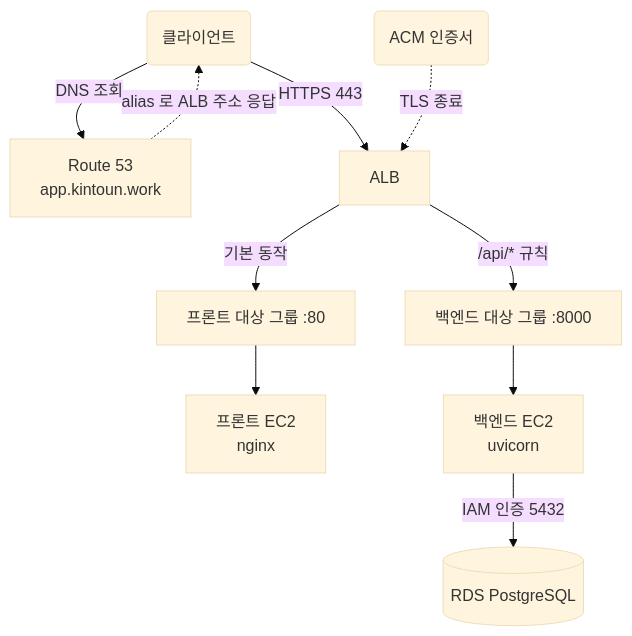
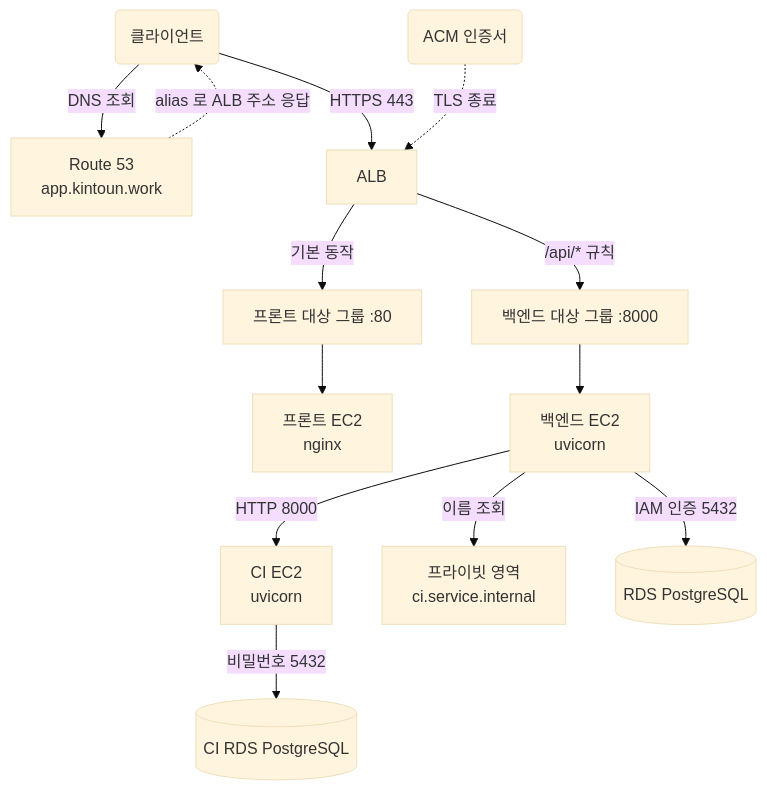
The first of 2 diagrams in docs/modules/platform/service-app.md (kintoun-secops/kintoun-infra), drawn with Mermaid (base theme) before and after one commit. The commit also changed other lines of this file and 11 other files, not shown here.

First line of the commit message:
feat(platform/service-app): 내부 전용 CI 서비스 EC2와 프라이빗 DNS 추가 (#108)

````diff
--- a/docs/modules/platform/service-app.md
+++ b/docs/modules/platform/service-app.md
@@ -16,20 +17,26 @@
 ```mermaid
 flowchart TB
     CLIENT("클라이언트")
     R53["Route 53<br/>app.kintoun.work"]
     ACM("ACM 인증서")
     ALB["ALB"]
     FETG["프론트 대상 그룹 :80"]
     BETG["백엔드 대상 그룹 :8000"]
     FE["프론트 EC2<br/>nginx"]
     BE["백엔드 EC2<br/>uvicorn"]
+    CI["CI EC2<br/>uvicorn"]
+    PDNS["프라이빗 영역<br/>ci.service.internal"]
     RDS[("RDS PostgreSQL")]
+    CIRDS[("CI RDS PostgreSQL")]
 
     CLIENT -->|"DNS 조회"| R53
     R53 -.->|"alias 로 ALB 주소 응답"| CLIENT
     CLIENT -->|"HTTPS 443"| ALB
     ACM -.->|"TLS 종료"| ALB
     ALB -->|"기본 동작"| FETG --> FE
     ALB -->|"/api/* 규칙"| BETG --> BE
+    BE -->|"이름 조회"| PDNS
+    BE -->|"HTTP 8000"| CI
     BE -->|"IAM 인증 5432"| RDS
+    CI -->|"비밀번호 5432"| CIRDS
 ```
````
